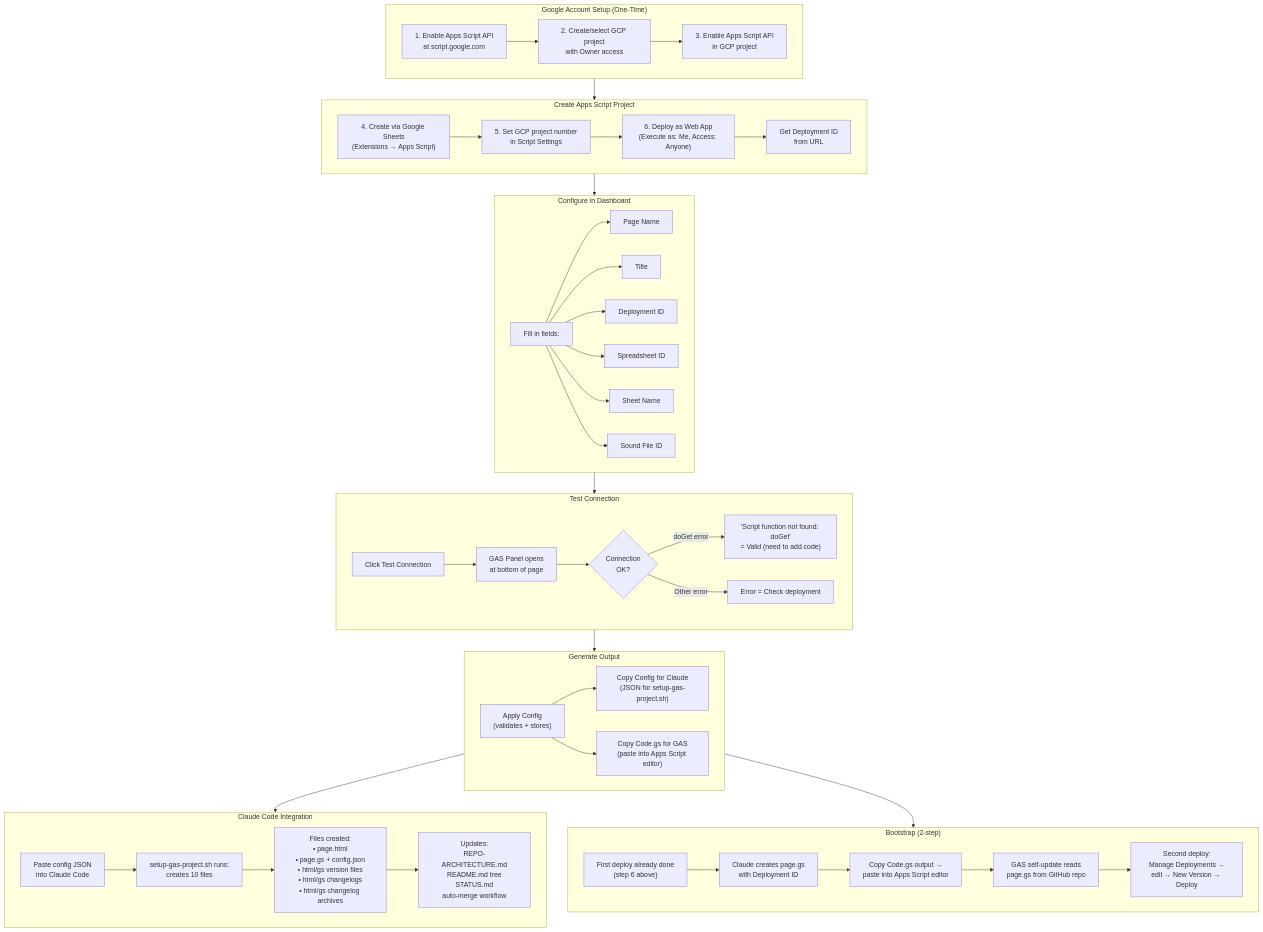
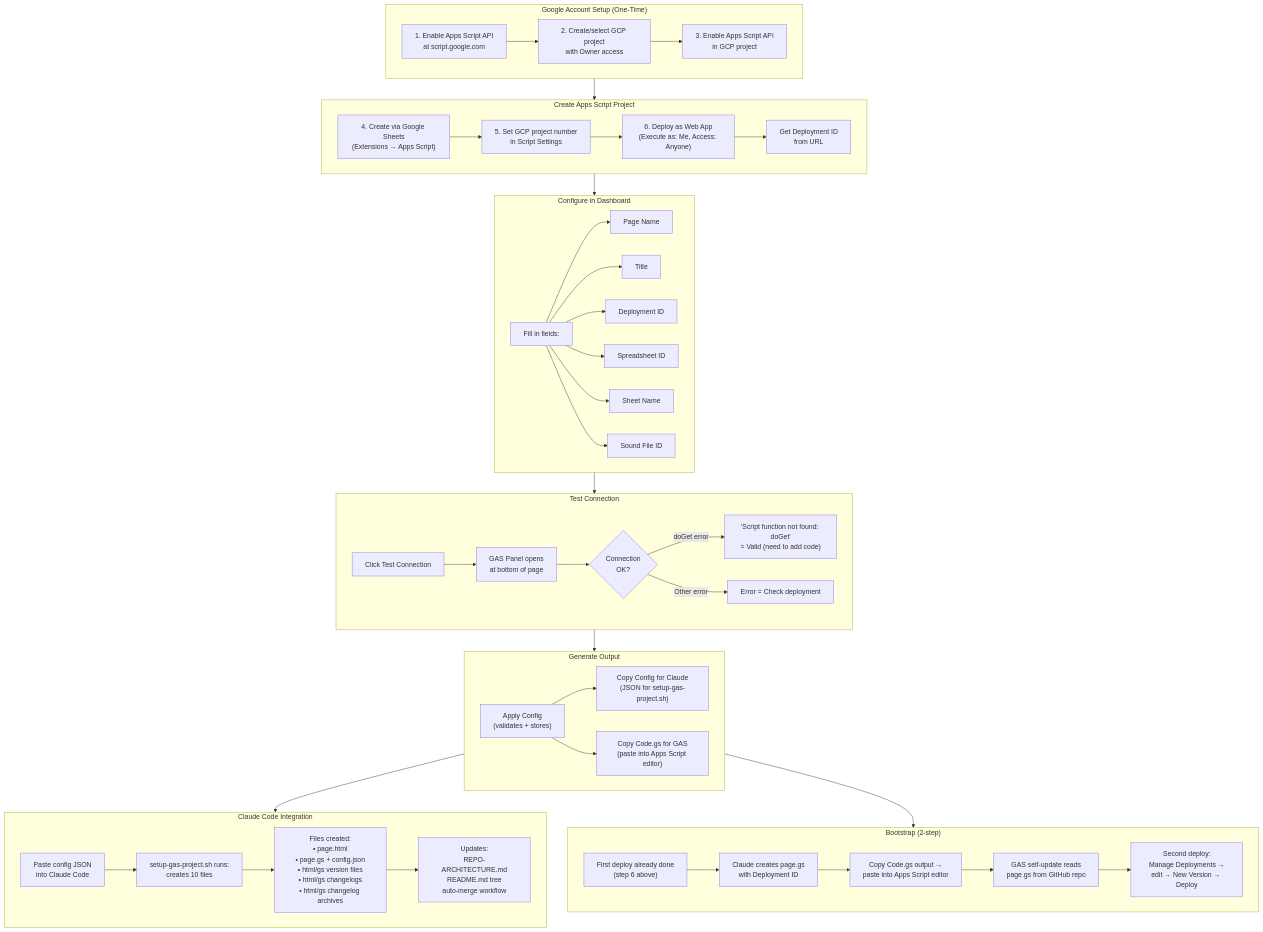
Before and after one commit to ShadowAISolutions/saistemplateprojectrepo: the diagram in repository-information/diagrams/gas-project-creator-diagram.md, drawn with Mermaid. The commit also changed other lines of this file and 15 other files, not shown here.

First line of the commit message:
v02.09r Remove STATUS.md — redundant with README tree

````diff
--- a/repository-information/diagrams/gas-project-creator-diagram.md
+++ b/repository-information/diagrams/gas-project-creator-diagram.md
@@ -7,69 +7,69 @@
 ```mermaid
 flowchart TB
     subgraph Setup["Google Account Setup (One-Time)"]
         S1["1. Enable Apps Script API<br>at script.google.com"]
         S2["2. Create/select GCP project<br>with Owner access"]
         S3["3. Enable Apps Script API<br>in GCP project"]
         S1 --> S2 --> S3
     end
 
     subgraph Create["Create Apps Script Project"]
         C1["4. Create via Google Sheets<br>(Extensions → Apps Script)"]
         C2["5. Set GCP project number<br>in Script Settings"]
         C3["6. Deploy as Web App<br>(Execute as: Me, Access: Anyone)"]
         C4["Get Deployment ID<br>from URL"]
         C1 --> C2 --> C3 --> C4
     end
 
     subgraph Configure["Configure in Dashboard"]
         F1["Fill in fields:"]
         F1a["Page Name"]
         F1b["Title"]
         F1c["Deployment ID"]
         F1d["Spreadsheet ID"]
         F1e["Sheet Name"]
         F1f["Sound File ID"]
         F1 --> F1a & F1b & F1c & F1d & F1e & F1f
     end
 
     subgraph TestConn["Test Connection"]
         T1["Click Test Connection"]
         T2["GAS Panel opens<br>at bottom of page"]
         T3{"Connection<br>OK?"}
         T4["'Script function not found: doGet'<br>= Valid (need to add code)"]
         T5["Error = Check deployment"]
         T1 --> T2 --> T3
         T3 -->|doGet error| T4
         T3 -->|Other error| T5
     end
 
     subgraph Output["Generate Output"]
         O1["Apply Config<br>(validates + stores)"]
         O2["Copy Config for Claude<br>(JSON for setup-gas-project.sh)"]
         O3["Copy Code.gs for GAS<br>(paste into Apps Script editor)"]
         O1 --> O2 & O3
     end
 
     subgraph Claude["Claude Code Integration"]
         CL1["Paste config JSON<br>into Claude Code"]
         CL2["setup-gas-project.sh runs:<br>creates 10 files"]
         CL3["Files created:<br>• page.html<br>• page.gs + config.json<br>• html/gs version files<br>• html/gs changelogs<br>• html/gs changelog archives"]
-        CL4["Updates:<br>REPO-ARCHITECTURE.md<br>README.md tree<br>STATUS.md<br>auto-merge workflow"]
+        CL4["Updates:<br>REPO-ARCHITECTURE.md<br>README.md tree<br>auto-merge workflow"]
         CL1 --> CL2 --> CL3 --> CL4
     end
 
     subgraph Bootstrap["Bootstrap (2-step)"]
         B1["First deploy already done<br>(step 6 above)"]
         B2["Claude creates page.gs<br>with Deployment ID"]
         B3["Copy Code.gs output →<br>paste into Apps Script editor"]
         B4["GAS self-update reads<br>page.gs from GitHub repo"]
         B5["Second deploy:<br>Manage Deployments →<br>edit → New Version → Deploy"]
         B1 --> B2 --> B3 --> B4 --> B5
     end
 
     Setup --> Create --> Configure
     Configure --> TestConn
     TestConn --> Output
     Output --> Claude
     Output --> Bootstrap
 ```
````
